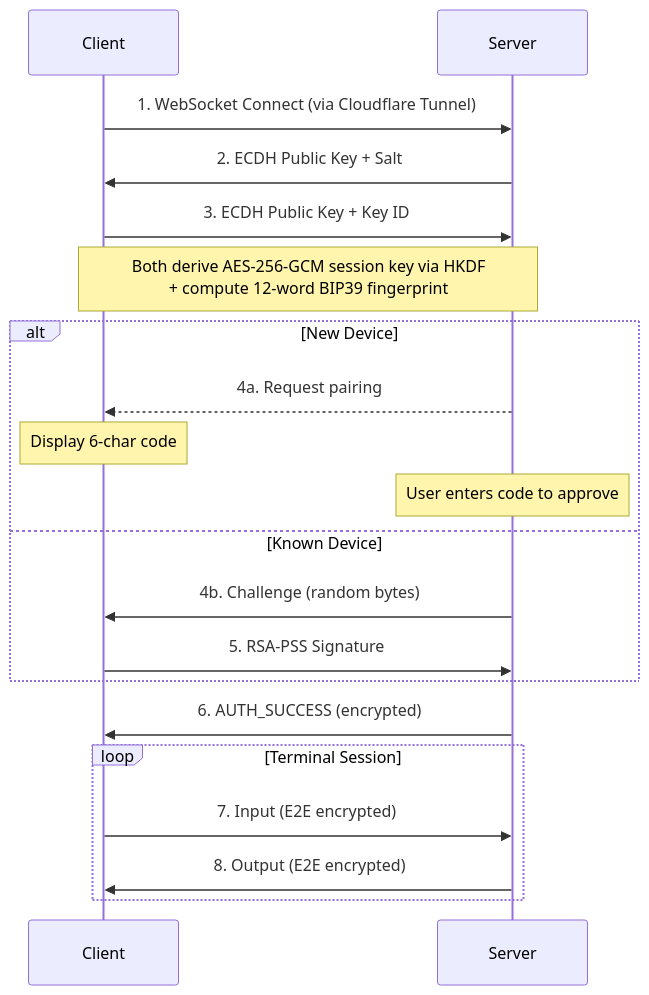
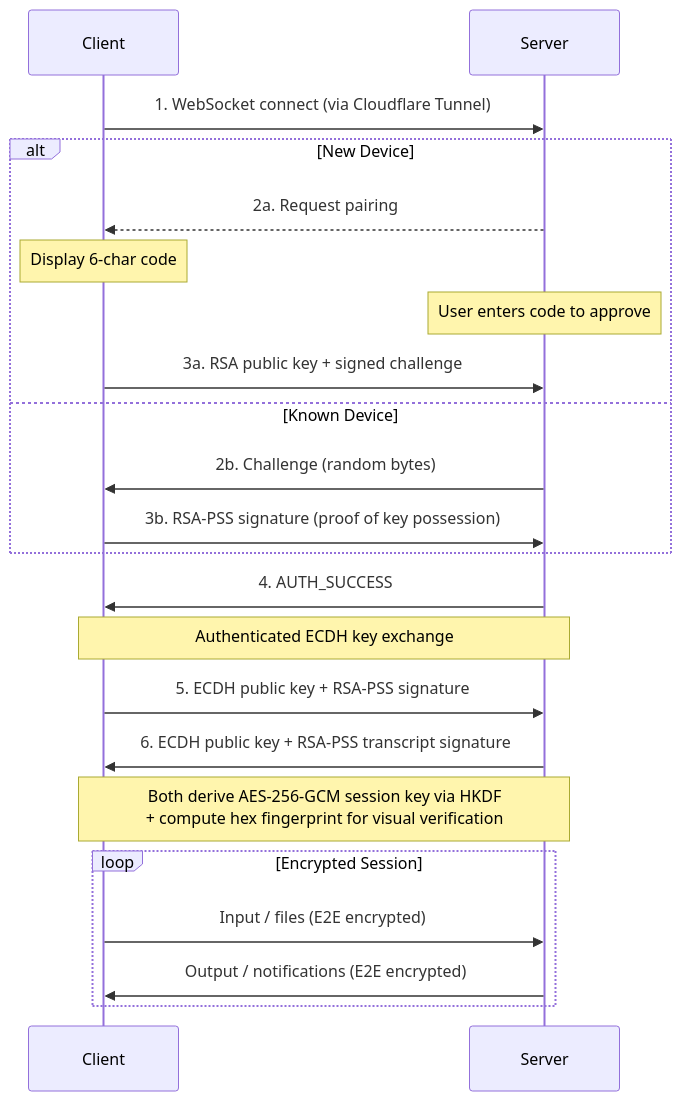
Before and after one commit to hjertefolger/Root_Operator: the diagram in README.md, drawn with Mermaid. The commit also changed other lines of this file, not shown here.

First line of the commit message:
Update README for 2.1.0 — reflect current architecture and features

````diff
--- a/README.md
+++ b/README.md
@@ -160,27 +157,29 @@
 ```mermaid
 sequenceDiagram
     participant C as Client
     participant S as Server
 
-    C->>S: 1. WebSocket Connect (via Cloudflare Tunnel)
-    S->>C: 2. ECDH Public Key + Salt
-    C->>S: 3. ECDH Public Key + Key ID
-
-    Note over C,S: Both derive AES-256-GCM session key via HKDF<br/>+ compute 12-word BIP39 fingerprint
+    C->>S: 1. WebSocket connect (via Cloudflare Tunnel)
 
     alt New Device
-        S-->>C: 4a. Request pairing
+        S-->>C: 2a. Request pairing
         Note over C: Display 6-char code
         Note over S: User enters code to approve
+        C->>S: 3a. RSA public key + signed challenge
     else Known Device
-        S->>C: 4b. Challenge (random bytes)
-        C->>S: 5. RSA-PSS Signature
+        S->>C: 2b. Challenge (random bytes)
+        C->>S: 3b. RSA-PSS signature (proof of key possession)
     end
 
-    S->>C: 6. AUTH_SUCCESS (encrypted)
+    S->>C: 4. AUTH_SUCCESS
 
-    loop Terminal Session
-        C->>S: 7. Input (E2E encrypted)
-        S->>C: 8. Output (E2E encrypted)
+    Note over C,S: Authenticated ECDH key exchange
+    C->>S: 5. ECDH public key + RSA-PSS signature
+    S->>C: 6. ECDH public key + RSA-PSS transcript signature
+    Note over C,S: Both derive AES-256-GCM session key via HKDF<br/>+ compute hex fingerprint for visual verification
+
+    loop Encrypted Session
+        C->>S: Input / files (E2E encrypted)
+        S->>C: Output / notifications (E2E encrypted)
     end
 ```
````
